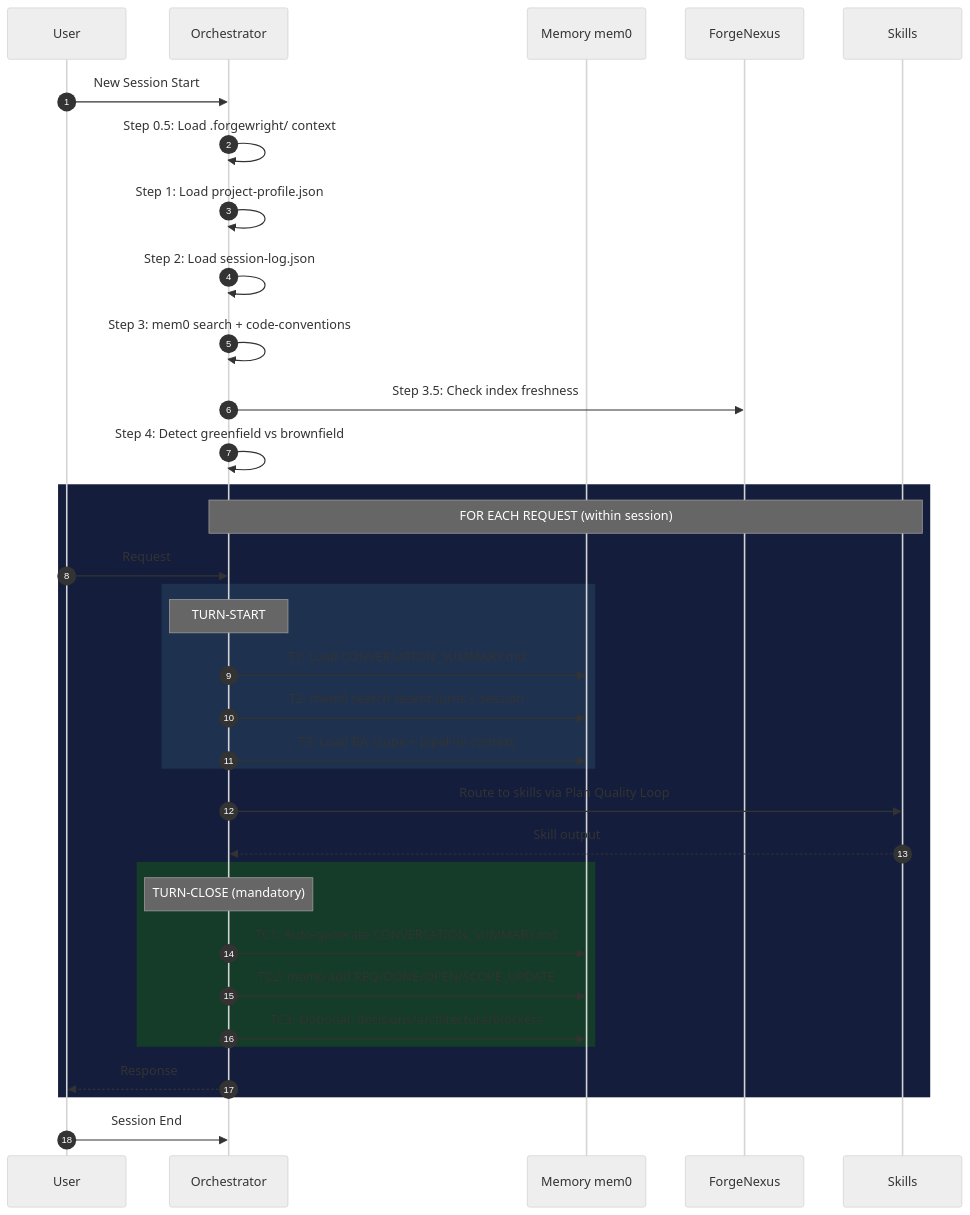
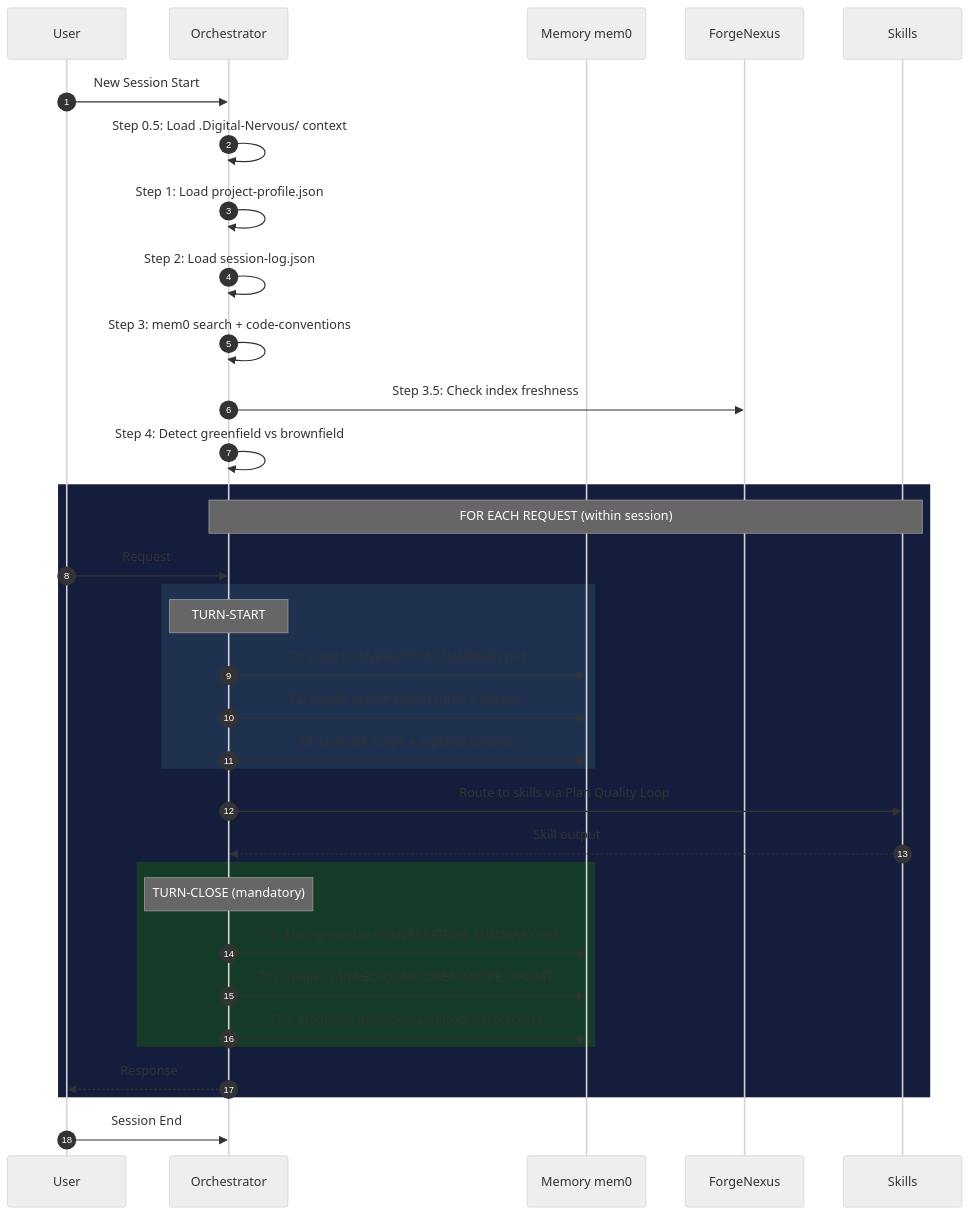
Before and after one commit to Exia-thd/Digital-Nervous: the sixth of 15 diagrams in README.vi.md, drawn with Mermaid (neutral theme). The commit also changed other lines of this file and 691 other files, not shown here.

Commit message:
Upgrade to v8.1.0 (Digital-Nervous edition)

````diff
--- a/README.vi.md
+++ b/README.vi.md
@@ -293,45 +293,45 @@
 ```mermaid
 sequenceDiagram
     autonumber
     participant User
     participant Orch as Orchestrator
     participant Mem as Memory mem0
     participant Forge as ForgeNexus
     participant Skill as Skills
 
     User->>Orch: New Session Start
 
-    Orch->>Orch: Step 0.5: Load .forgewright/ context
+    Orch->>Orch: Step 0.5: Load .Digital-Nervous/ context
     Orch->>Orch: Step 1: Load project-profile.json
     Orch->>Orch: Step 2: Load session-log.json
     Orch->>Orch: Step 3: mem0 search + code-conventions
     Orch->>Forge: Step 3.5: Check index freshness
     Orch->>Orch: Step 4: Detect greenfield vs brownfield
 
     rect rgb(20, 30, 60)
         Note over Orch,Skill: FOR EACH REQUEST (within session)
 
         User->>Orch: Request
 
         rect rgb(30, 50, 80)
             Note over Orch: TURN-START
             Orch->>Mem: T1: Load CONVERSATION_SUMMARY.md
             Orch->>Mem: T2: mem0 search recent turns + session
             Orch->>Mem: T3: Load BA scope + pipeline context
         end
 
         Orch->>Skill: Route to skills via Plan Quality Loop
         Skill-->>Orch: Skill output
 
         rect rgb(20, 60, 40)
             Note over Orch: TURN-CLOSE (mandatory)
             Orch->>Mem: TC1: Auto-generate CONVERSATION_SUMMARY.md
             Orch->>Mem: TC2: mem0 add REQ/DONE/OPEN/SCOPE_UPDATE
             Orch->>Mem: TC3: Optional: decisions/architecture/blockers
         end
 
         Orch-->>User: Response
     end
 
     User->>Orch: Session End
 ```
````
